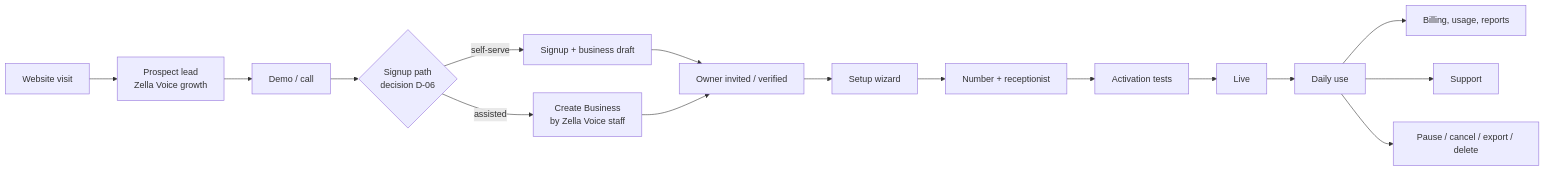
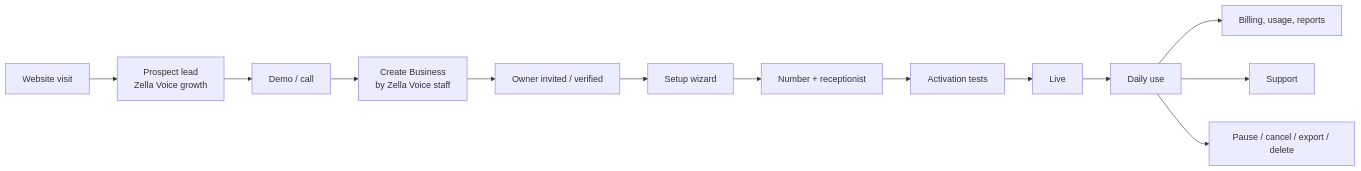
One commit to singhdhruv525-source/Zella-AI changed the tenth of 21 diagrams in docs/ARCHITECTURE.md. Above: the diagram before and after it, drawn with Mermaid. The commit also changed other lines of this file and 1 other file, not shown here.

First line of the commit message:
Architecture: multi-tenant isolation, team-created businesses, target-only design

````diff
--- a/docs/ARCHITECTURE.md
+++ b/docs/ARCHITECTURE.md
@@ -520,17 +855,15 @@
 ```mermaid
 flowchart LR
   v[Website visit] --> pl[Prospect lead<br/>Zella Voice growth]
   pl --> demo[Demo / call]
-  demo --> su{Signup path<br/>decision D-06}
-  su -- self-serve --> ss[Signup + business draft]
-  su -- assisted --> cb[Create Business<br/>by Zella Voice staff]
-  ss & cb --> inv[Owner invited / verified]
+  demo --> cb[Create Business<br/>by Zella Voice staff]
+  cb --> inv[Owner invited / verified]
   inv --> setup[Setup wizard]
   setup --> num[Number + receptionist]
   num --> test[Activation tests]
   test --> live[Live]
   live --> use[Daily use]
   use --> bill[Billing, usage, reports]
   use --> sup[Support]
   use --> off[Pause / cancel / export / delete]
 ```
````
